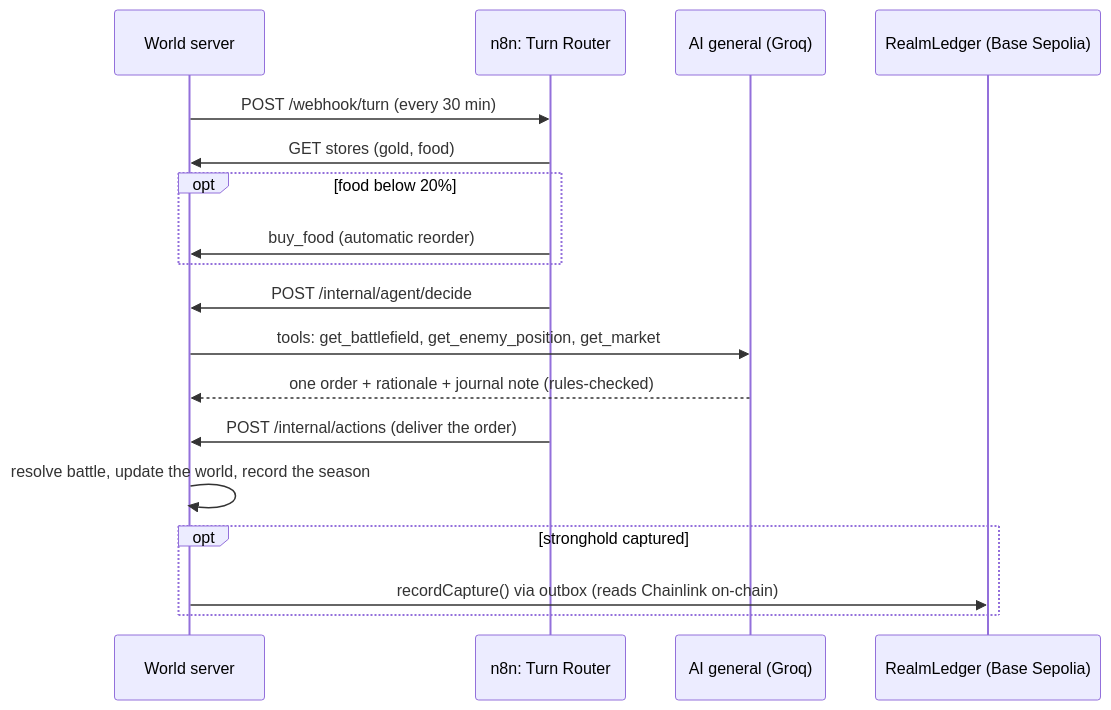
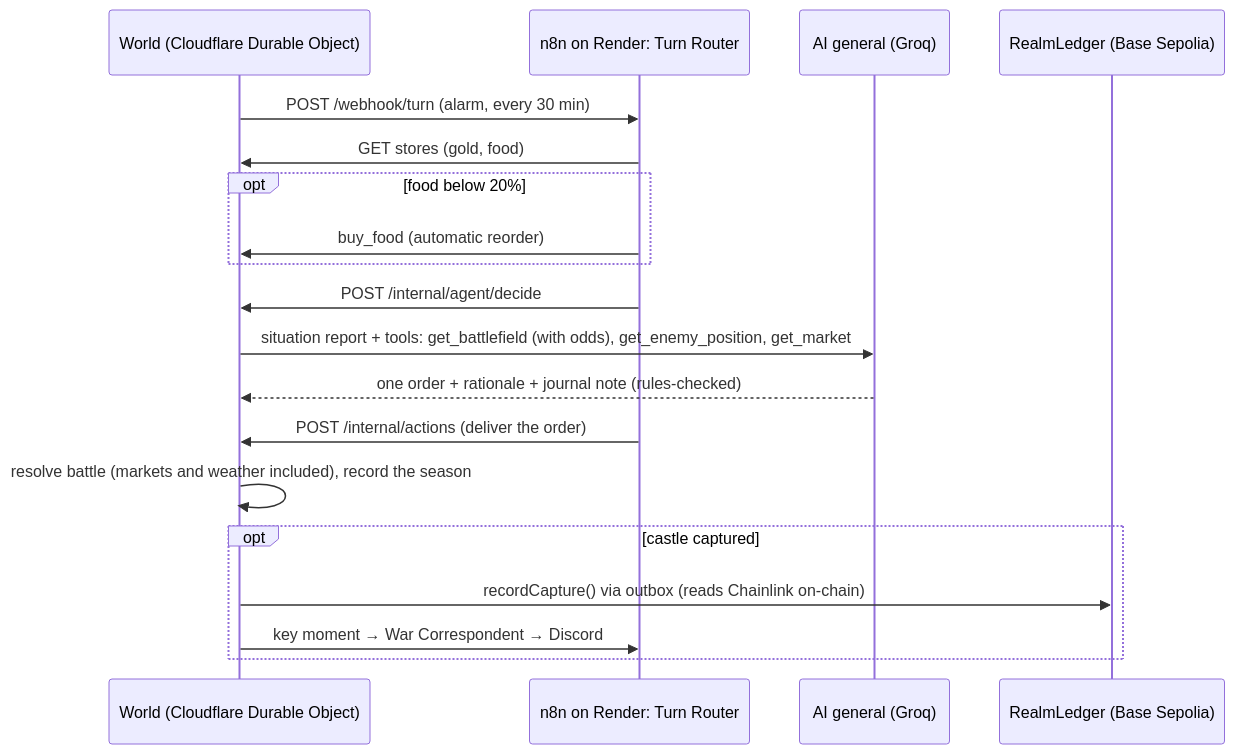
One commit to 0xWick/agentistan changed the diagram in README.md. Above: the diagram before and after it, drawn with Mermaid. The commit also changed other lines of this file and 3 other files, not shown here.

First line of the commit message:
Docs for the Cloudflare setup, markets and weather

````diff
--- a/README.md
+++ b/README.md
@@ -36,20 +37,21 @@
 ```mermaid
 sequenceDiagram
-  participant W as World server
-  participant N as n8n: Turn Router
+  participant W as World (Cloudflare Durable Object)
+  participant N as n8n on Render: Turn Router
   participant A as AI general (Groq)
   participant C as RealmLedger (Base Sepolia)
-  W->>N: POST /webhook/turn (every 30 min)
+  W->>N: POST /webhook/turn (alarm, every 30 min)
   N->>W: GET stores (gold, food)
   opt food below 20%
     N->>W: buy_food (automatic reorder)
   end
   N->>W: POST /internal/agent/decide
-  W->>A: tools: get_battlefield, get_enemy_position, get_market
+  W->>A: situation report + tools: get_battlefield (with odds), get_enemy_position, get_market
   A-->>W: one order + rationale + journal note (rules-checked)
   N->>W: POST /internal/actions (deliver the order)
-  W->>W: resolve battle, update the world, record the season
-  opt stronghold captured
+  W->>W: resolve battle (markets and weather included), record the season
+  opt castle captured
     W->>C: recordCapture() via outbox (reads Chainlink on-chain)
+    W->>N: key moment → War Correspondent → Discord
   end
 ```
````
